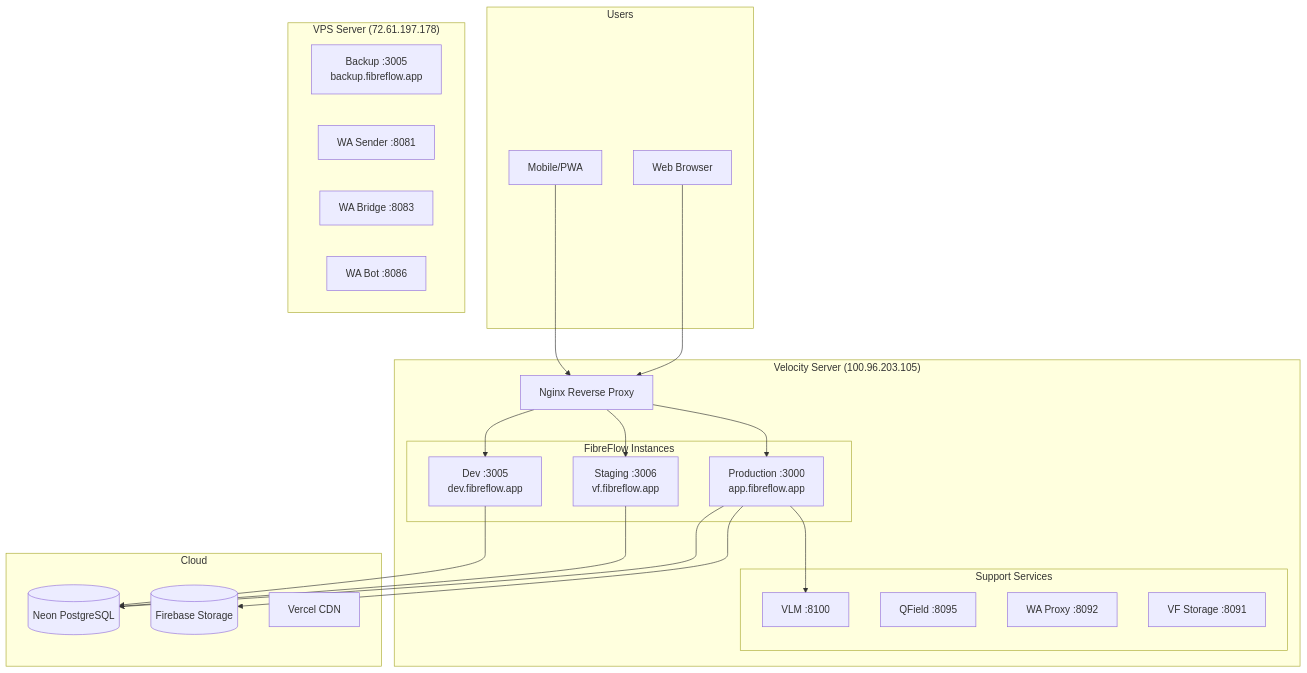
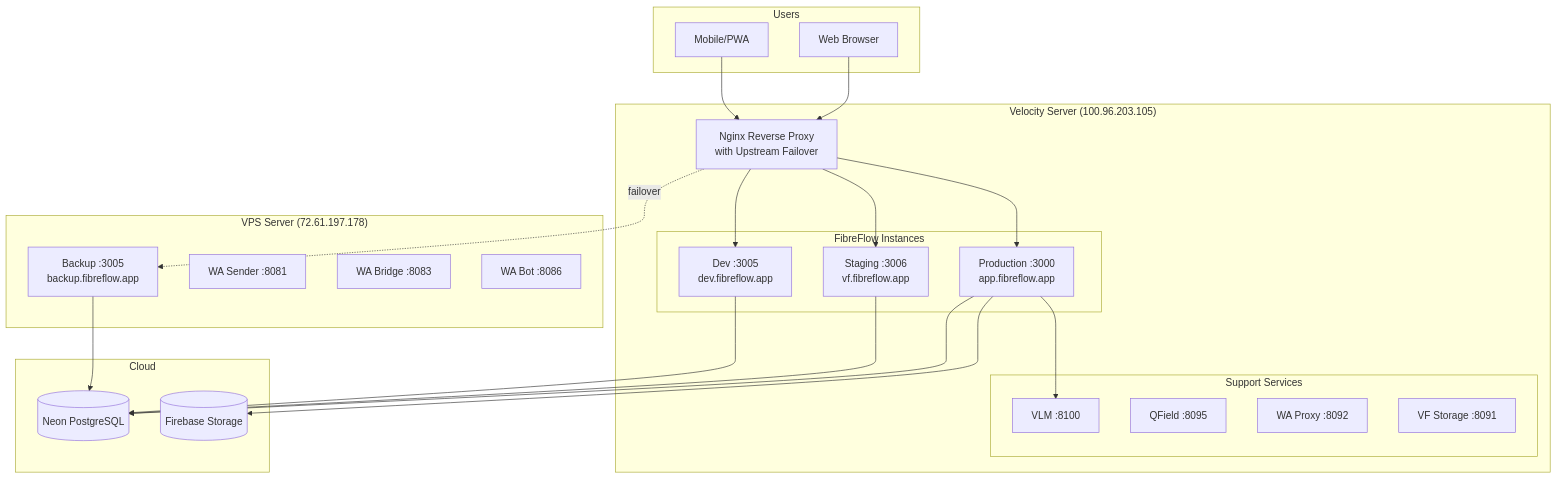
The first of 3 diagrams in .claude/knowledge-base/architecture/deployment.md (VeloF2025/FF_Next.js), drawn with Mermaid before and after one commit. The commit also changed other lines of this file and 1 other file, not shown here.

First line of the commit message:
docs(infra): add nginx upstream failover and backup auto-sync docs

````diff
--- a/.claude/knowledge-base/architecture/deployment.md
+++ b/.claude/knowledge-base/architecture/deployment.md
@@ -5,48 +5,49 @@
 ```mermaid
 graph TB
     subgraph "Users"
         Browser[Web Browser]
         Mobile[Mobile/PWA]
     end
 
     subgraph "Velocity Server (100.96.203.105)"
         subgraph "FibreFlow Instances"
             Prod[Production :3000<br/>app.fibreflow.app]
             Staging[Staging :3006<br/>vf.fibreflow.app]
             Dev[Dev :3005<br/>dev.fibreflow.app]
         end
 
         subgraph "Support Services"
             VLM[VLM :8100]
             QField[QField :8095]
             WAProxy[WA Proxy :8092]
             VFStorage[VF Storage :8091]
         end
 
-        Nginx[Nginx Reverse Proxy]
+        Nginx[Nginx Reverse Proxy<br/>with Upstream Failover]
     end
 
     subgraph "VPS Server (72.61.197.178)"
         Backup[Backup :3005<br/>backup.fibreflow.app]
         WASender[WA Sender :8081]
         WABridge[WA Bridge :8083]
         WABot[WA Bot :8086]
     end
 
     subgraph "Cloud"
         Neon[(Neon PostgreSQL)]
         Firebase[(Firebase Storage)]
-        Vercel[Vercel CDN]
     end
 
     Browser --> Nginx
     Mobile --> Nginx
     Nginx --> Prod
     Nginx --> Staging
     Nginx --> Dev
+    Nginx -.->|failover| Backup
     Prod --> Neon
     Staging --> Neon
     Dev --> Neon
+    Backup --> Neon
     Prod --> VLM
     Prod --> Firebase
 ```
````
